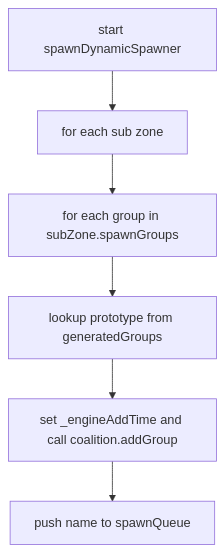
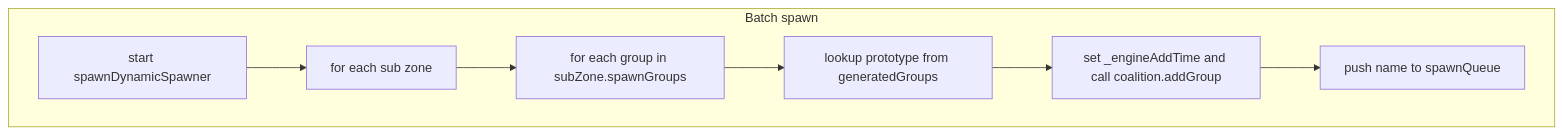
Before and after one commit to Gh0st352/AETHR: the third of 7 diagrams in docs/spawner/spawn_despawn.md, drawn with Mermaid. The commit also changed other lines of this file and 9 other files, not shown here.

First line of the commit message:
docs(spawner, mermaid): restructure diagrams and clarify headings

````diff
--- a/docs/spawner/spawn_despawn.md
+++ b/docs/spawner/spawn_despawn.md
@@ -64,8 +82,13 @@
 ```mermaid
+%% shared theme: docs/_mermaid/theme.json %%
 flowchart TD
-  DS0[start spawnDynamicSpawner] --> DS1[for each sub zone]
-  DS1 --> DS2[for each group in subZone.spawnGroups]
-  DS2 --> DS3[lookup prototype from generatedGroups]
-  DS3 --> DS4[set _engineAddTime and call coalition.addGroup]
-  DS4 --> DS5[push name to spawnQueue]
+  subgraph "Batch spawn"
+    DS0[start spawnDynamicSpawner] --> DS1[for each sub zone]
+    DS1 --> DS2[for each group in subZone.spawnGroups]
+    DS2 --> DS3[lookup prototype from generatedGroups]
+    DS3 --> DS4[set _engineAddTime and call coalition.addGroup]
+    DS4 --> DS5[push name to spawnQueue]
+  end
+  class DS0 class_io;
+  class DS1,DS2,DS3,DS4,DS5 class_step;
 ```
````
